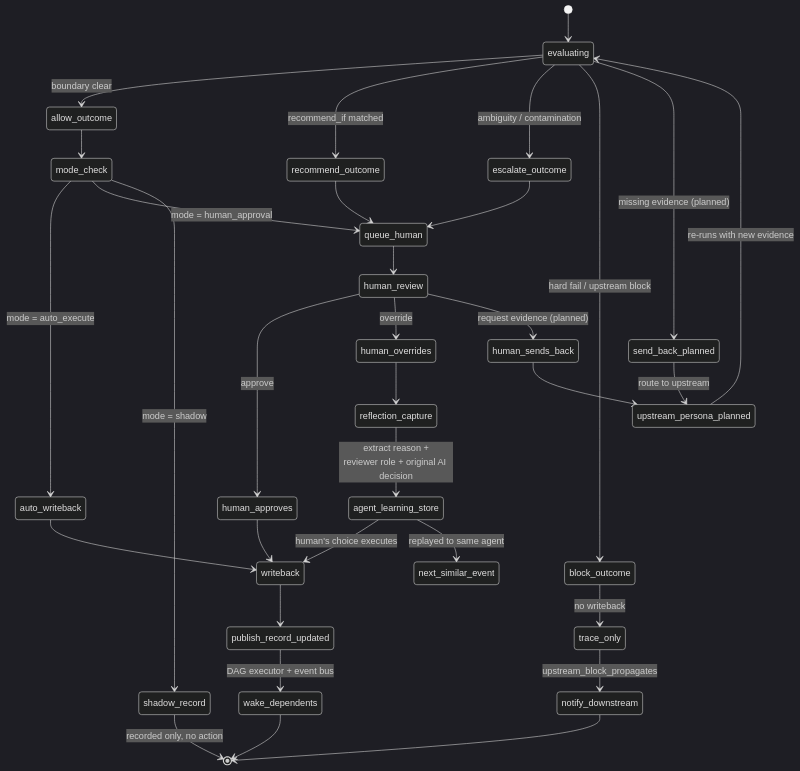
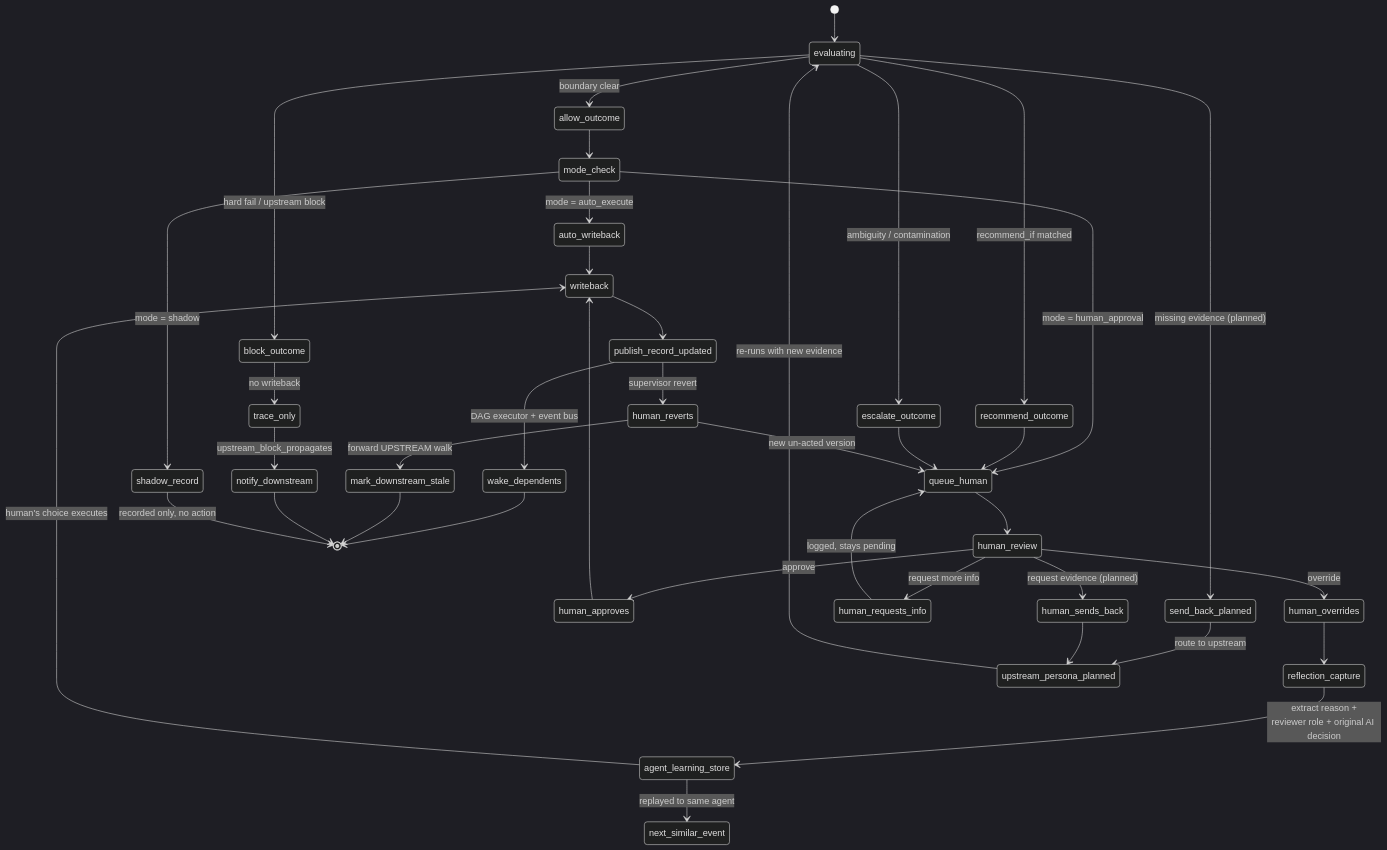
The fourth of 5 diagrams in docs/PRD.md (krishnamami/decision-os), drawn with Mermaid (dark theme) before and after one commit. The commit also changed other lines of this file, not shown here.

First line of the commit message:
PRD v0.14 — decision flow: canonical underwriting states + halt policy

````diff
--- a/docs/PRD.md
+++ b/docs/PRD.md
@@ -556,44 +590,52 @@
 ```mermaid
 stateDiagram-v2
     [*] --> evaluating
     evaluating --> allow_outcome: boundary clear
     evaluating --> recommend_outcome: recommend_if matched
     evaluating --> escalate_outcome: ambiguity / contamination
     evaluating --> block_outcome: hard fail / upstream block
     evaluating --> send_back_planned: missing evidence (planned)
 
     allow_outcome --> mode_check
     mode_check --> auto_writeback: mode = auto_execute
     mode_check --> queue_human: mode = human_approval
     mode_check --> shadow_record: mode = shadow
 
     recommend_outcome --> queue_human
     escalate_outcome --> queue_human
 
     queue_human --> human_review
     human_review --> human_approves: approve
     human_review --> human_overrides: override
+    human_review --> human_requests_info: request more info
     human_review --> human_sends_back: request evidence (planned)
+
+    human_requests_info --> queue_human: logged, stays pending
 
     human_approves --> writeback
     auto_writeback --> writeback
 
     human_overrides --> reflection_capture
     reflection_capture --> agent_learning_store: extract reason +<br/>reviewer role + original AI decision
     agent_learning_store --> writeback: human's choice executes
     agent_learning_store --> next_similar_event: replayed to same agent
 
     writeback --> publish_record_updated
     publish_record_updated --> wake_dependents: DAG executor + event bus
     wake_dependents --> [*]
 
+    publish_record_updated --> human_reverts: supervisor revert
+    human_reverts --> queue_human: new un-acted version
+    human_reverts --> mark_downstream_stale: forward UPSTREAM walk
+    mark_downstream_stale --> [*]
+
     block_outcome --> trace_only: no writeback
     trace_only --> notify_downstream: upstream_block_propagates
     notify_downstream --> [*]
 
     shadow_record --> [*]: recorded only, no action
 
     send_back_planned --> upstream_persona_planned: route to upstream
     human_sends_back --> upstream_persona_planned
     upstream_persona_planned --> evaluating: re-runs with new evidence
 ```
````
